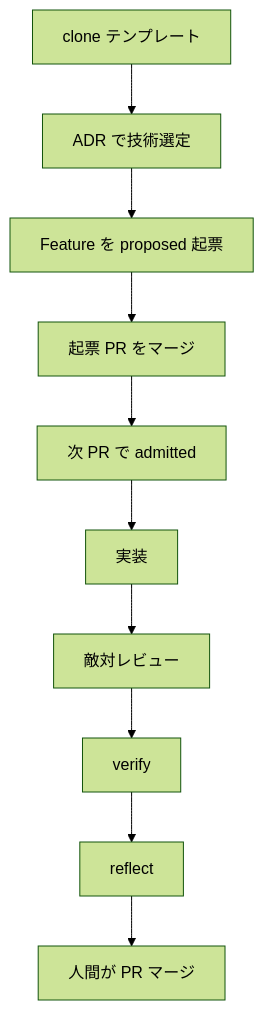
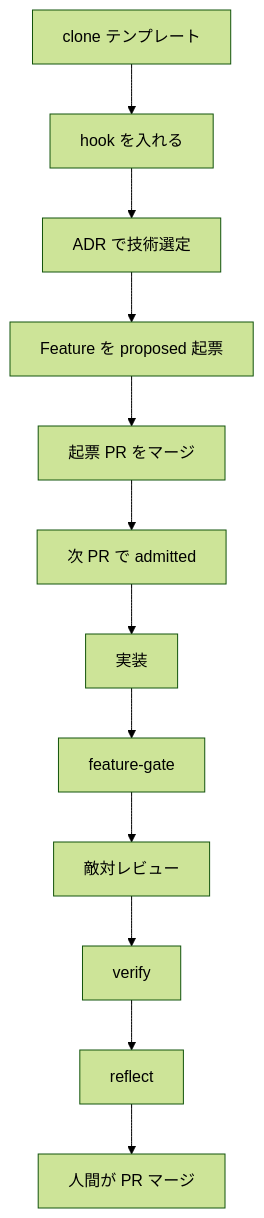
Before and after one commit to marumo333/cursor-harness: the second of 3 diagrams in README.md, drawn with Mermaid (forest theme). The commit also changed other lines of this file, not shown here.

Commit message:
docs: README に起動・出生規則・図の条件を足す。

````diff
--- a/README.md
+++ b/README.md
@@ -40,12 +53,14 @@
 ```mermaid
 flowchart TD
-  clone["clone テンプレート"] --> adr["ADR で技術選定"]
+  clone["clone テンプレート"] --> hooks["hook を入れる"]
+  hooks --> adr["ADR で技術選定"]
   adr --> feat["Feature を proposed 起票"]
   feat --> merge1["起票 PR をマージ"]
   merge1 --> admit["次 PR で admitted"]
   admit --> impl["実装"]
-  impl --> review["敵対レビュー"]
+  impl --> gate["feature-gate"]
+  gate --> review["敵対レビュー"]
   review --> verify["verify"]
   verify --> reflect["reflect"]
   reflect --> pr["人間が PR マージ"]
 ```
````
